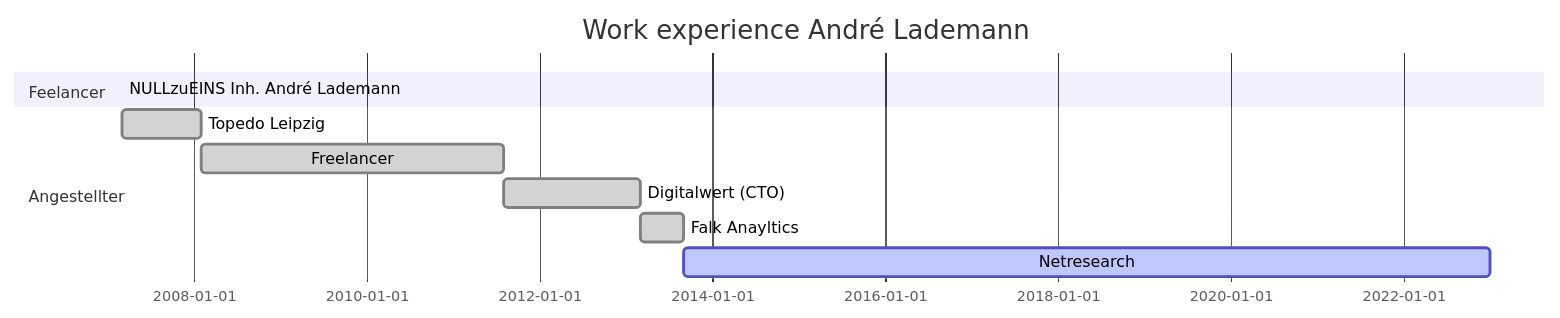
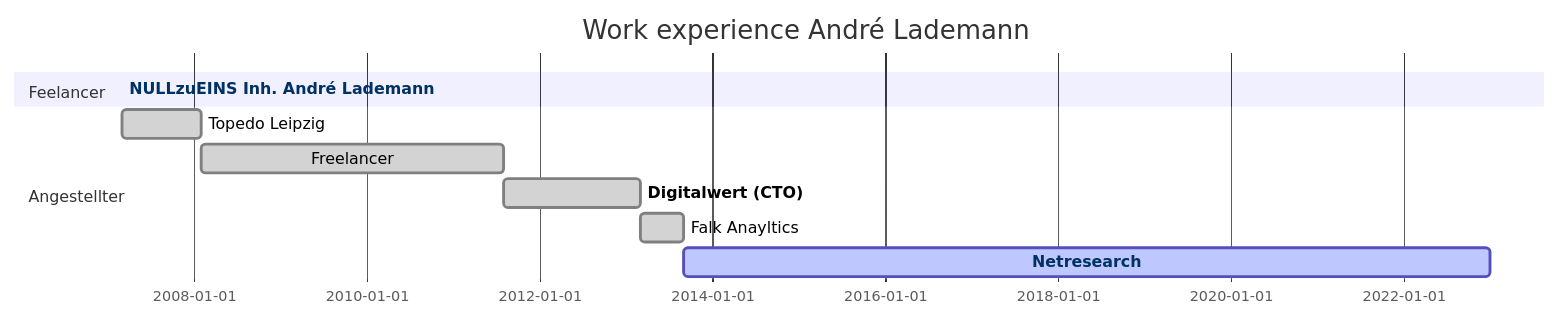
One commit to vergissberlin/vergissberlin changed the diagram in README.md. Above: the diagram before and after it, drawn with Mermaid.

````diff
--- a/README.md
+++ b/README.md
@@ -92,15 +92,20 @@
 ```mermaid
 gantt
 	dateFormat YYYY-MM-DD
 	title      Work experience André Lademann
 
-section Feelancer 
-	NULLzuEINS Inh. André Lademann  :active,  free1, 2007-03, today
-
-section Angestellter
-	Topedo Leipzig    :done, emp1, 2007-03-01, 2008-02-01
-	Freelancer        :done, emp2, after emp1, 2011-08-01
-	Digitalwert (CTO) :done, emp3, after emp2, 2013-03-01
-	Falk Anayltics    :done, emp4, after emp3, 2013-09-01
-	Netresearch       :active, des5, after emp4, 2022-12-31
+	section Feelancer 
+		NULLzuEINS Inh. André Lademann  :active,  free1, 2007-03, today
+		click free1 href "https://nullzueins.com"
+	
+	section Angestellter
+		Topedo Leipzig    :done, emp1, 2007-03-01, 2008-02-01
+		Freelancer        :done, emp2, after emp1, 2011-08-01
+		Digitalwert (CTO) :done, emp3, after emp2, 2013-03-01
+		Falk Anayltics    :done, emp4, after emp3, 2013-09-01
+		Netresearch       :active, emp5, after emp4, 2022-12-31
+	
+		click emp3 href "https://torpedo-motor.com"
+		click emp3 href "https://digitalwert.de"
+		click emp5 href "https://netresearch.de"
 ```
````
